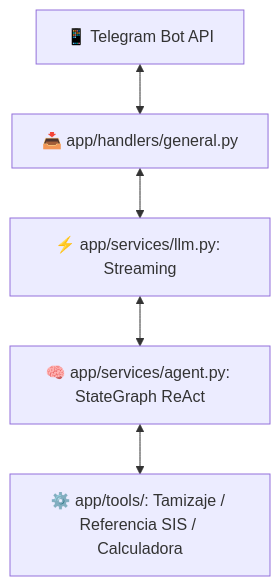
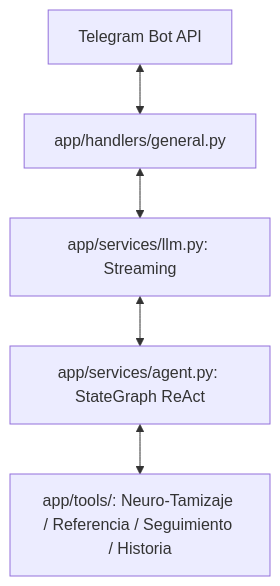
The diagram in backend/README.md (TechAtlasDev/relu-ocusense), drawn with Mermaid before and after one commit. The commit also changed other lines of this file and 15 other files, not shown here.

````diff
--- a/backend/README.md
+++ b/backend/README.md
@@ -11,7 +11,7 @@
 ```mermaid
 graph TD
-    Telegram[📱 Telegram Bot API] <--> Handlers[📥 app/handlers/general.py]
-    Handlers <--> LLMService[⚡ app/services/llm.py: Streaming]
-    LLMService <--> LangGraph[🧠 app/services/agent.py: StateGraph ReAct]
-    LangGraph <--> Tools[⚙️ app/tools/: Tamizaje / Referencia SIS / Calculadora]
+    Telegram["Telegram Bot API"] <--> Handlers["app/handlers/general.py"]
+    Handlers <--> LLMService["app/services/llm.py: Streaming"]
+    LLMService <--> LangGraph["app/services/agent.py: StateGraph ReAct"]
+    LangGraph <--> Tools["app/tools/: Neuro-Tamizaje / Referencia / Seguimiento / Historia"]
 ```
````
